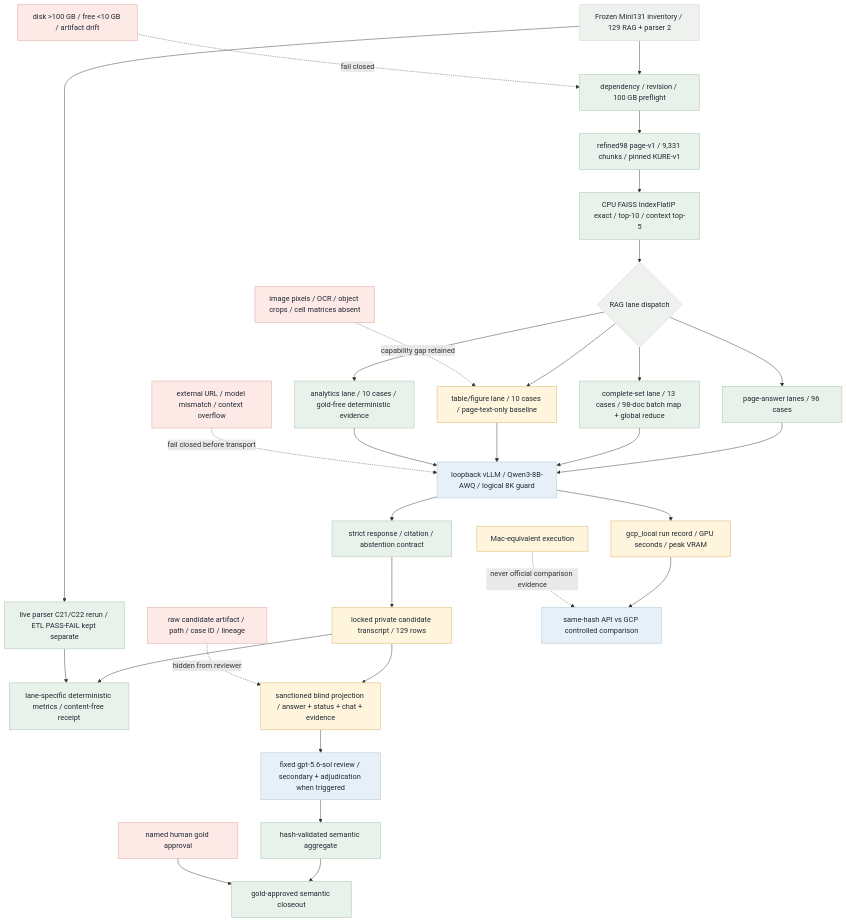
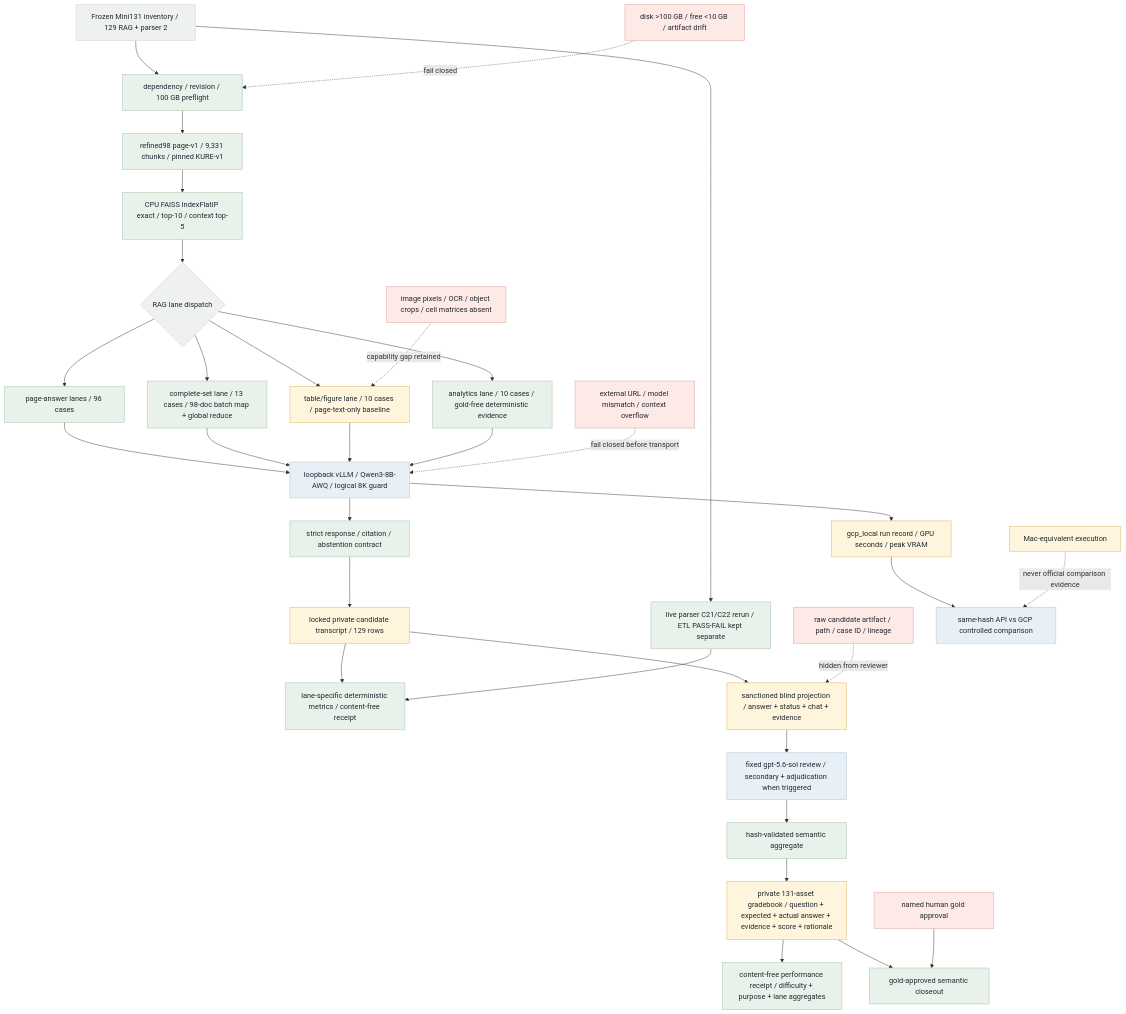
One commit to KongSeok/sprint-public-procurement-rag-assistant changed the diagram in fivecircles/architecture/specs/gcp-local-baseline-target-flow.mmd. Above: the diagram before and after it, drawn with Mermaid. The commit also changed 11 other files, not shown here.

Commit message:
feat(eval): record per-question Mini131 performance

```diff
--- a/fivecircles/architecture/specs/gcp-local-baseline-target-flow.mmd
+++ b/fivecircles/architecture/specs/gcp-local-baseline-target-flow.mmd
@@ -1,42 +1,44 @@
 flowchart TD
     U["Frozen Mini131 inventory / 129 RAG + parser 2"]:::gray --> G["dependency / revision / 100 GB preflight"]:::green
     G --> C["refined98 page-v1 / 9,331 chunks / pinned KURE-v1"]:::green
     C --> F["CPU FAISS IndexFlatIP exact / top-10 / context top-5"]:::green
     F --> D{"RAG lane dispatch"}:::gray
 
     D --> P["page-answer lanes / 96 cases"]:::green
     D --> S["complete-set lane / 13 cases / 98-doc batch map + global reduce"]:::green
     D --> V["table/figure lane / 10 cases / page-text-only baseline"]:::amber
     D --> A["analytics lane / 10 cases / gold-free deterministic evidence"]:::green
 
     P --> Q["loopback vLLM / Qwen3-8B-AWQ / logical 8K guard"]:::blue
     S --> Q
     V --> Q
     A --> Q
     Q --> R["strict response / citation / abstention contract"]:::green
     R --> T["locked private candidate transcript / 129 rows"]:::amber
     T --> M["lane-specific deterministic metrics / content-free receipt"]:::green
 
     U --> PR["live parser C21/C22 rerun / ETL PASS-FAIL kept separate"]:::green
     PR --> M
 
     T --> BP["sanctioned blind projection / answer + status + chat + evidence"]:::amber
     RAW["raw candidate artifact / path / case ID / lineage"]:::red -. "hidden from reviewer" .-> BP
     BP --> SOL["fixed gpt-5.6-sol review / secondary + adjudication when triggered"]:::blue
     SOL --> SR["hash-validated semantic aggregate"]:::green
-    SR --> FC["gold-approved semantic closeout"]:::green
+    SR --> PE["private 131-asset gradebook / question + expected + actual answer + evidence + score + rationale"]:::amber
+    PE --> PUB["content-free performance receipt / difficulty + purpose + lane aggregates"]:::green
+    PE --> FC["gold-approved semantic closeout"]:::green
     H["named human gold approval"]:::red --> FC
 
     Q --> RR["gcp_local run record / GPU seconds / peak VRAM"]:::amber
     RR --> AB["same-hash API vs GCP controlled comparison"]:::blue
     ME["Mac-equivalent execution"]:::amber -. "never official comparison evidence" .-> AB
 
     X["external URL / model mismatch / context overflow"]:::red -. "fail closed before transport" .-> Q
     Z["disk >100 GB / free <10 GB / artifact drift"]:::red -. "fail closed" .-> G
     PX["image pixels / OCR / object crops / cell matrices absent"]:::red -. "capability gap retained" .-> V
 
     classDef green fill:#e8f2ea,stroke:#bdd1c2,color:#1f2933,stroke-width:1.5px
     classDef blue fill:#e8f0f7,stroke:#c2d3e0,color:#1f2933,stroke-width:1.5px
     classDef amber fill:#fff4dc,stroke:#e7c88f,color:#1f2933,stroke-width:1.5px
     classDef red fill:#fde9e6,stroke:#e8bab5,color:#1f2933,stroke-width:1.5px
     classDef gray fill:#eef1ed,stroke:#d8e0da,color:#1f2933,stroke-width:1.5px
```
